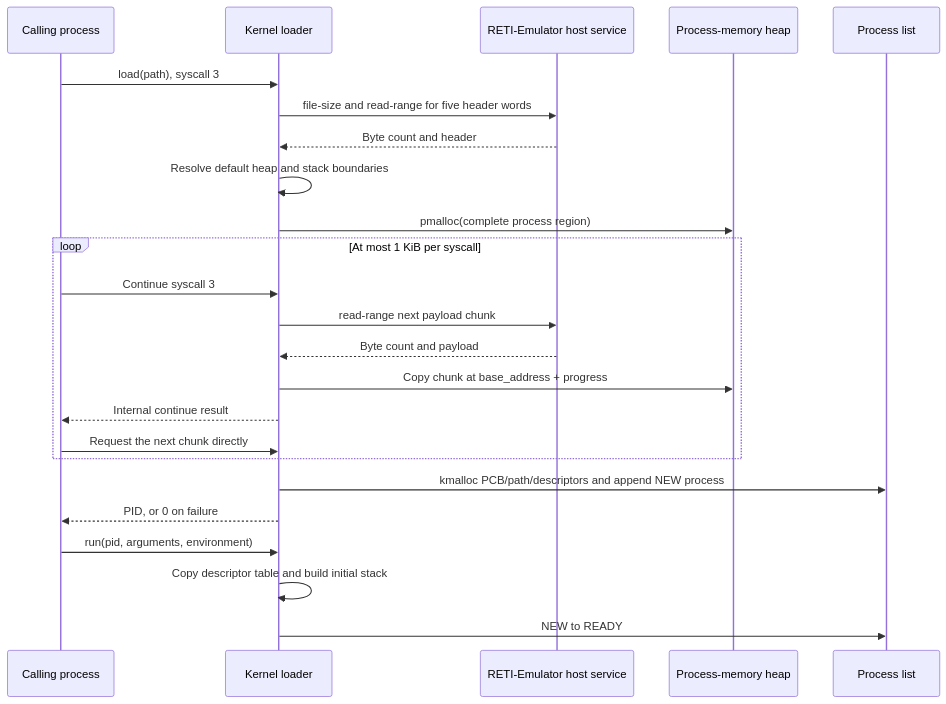
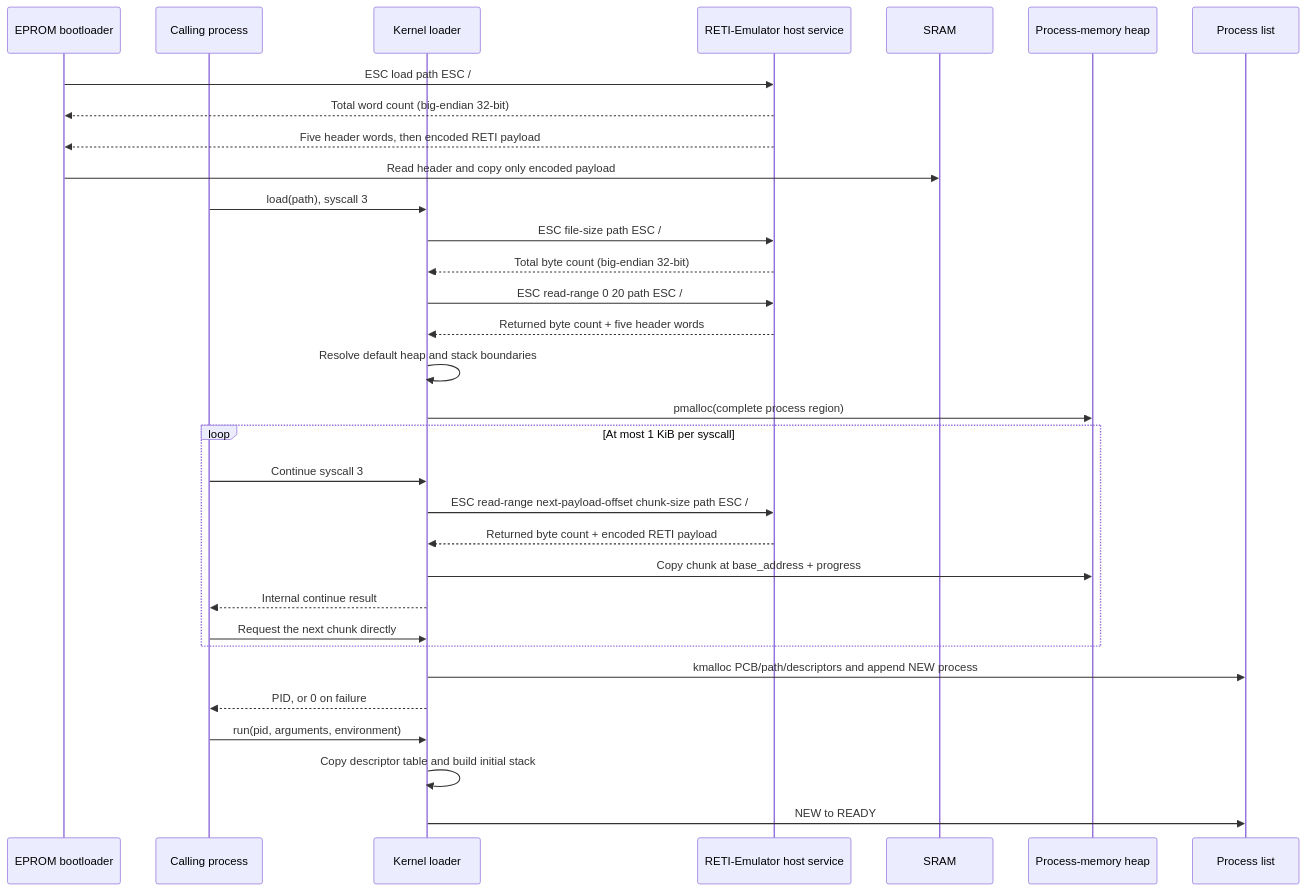
The ninth of 26 diagrams in README.md (matthejue/Pico-OS), drawn with Mermaid before and after one commit. The commit also changed other lines of this file, not shown here.

````diff
--- a/README.md
+++ b/README.md
@@ -1506,27 +1694,36 @@
 ```mermaid
 sequenceDiagram
+    participant B as EPROM bootloader
     participant C as Calling process
     participant K as Kernel loader
     participant H as RETI-Emulator host service
+    participant M as SRAM
     participant PM as Process-memory heap
     participant PT as Process list
 
+    B->>H: ESC load path ESC /
+    H-->>B: Total word count (big-endian 32-bit)
+    H-->>B: Five header words, then encoded RETI payload
+    B->>M: Read header and copy only encoded payload
+
     C->>K: load(path), syscall 3
-    K->>H: file-size and read-range for five header words
-    H-->>K: Byte count and header
+    K->>H: ESC file-size path ESC /
+    H-->>K: Total byte count (big-endian 32-bit)
+    K->>H: ESC read-range 0 20 path ESC /
+    H-->>K: Returned byte count + five header words
     K->>K: Resolve default heap and stack boundaries
     K->>PM: pmalloc(complete process region)
     loop At most 1 KiB per syscall
         C->>K: Continue syscall 3
-        K->>H: read-range next payload chunk
-        H-->>K: Byte count and payload
+        K->>H: ESC read-range next-payload-offset chunk-size path ESC /
+        H-->>K: Returned byte count + encoded RETI payload
         K->>PM: Copy chunk at base_address + progress
         K-->>C: Internal continue result
         C->>K: Request the next chunk directly
     end
     K->>PT: kmalloc PCB/path/descriptors and append NEW process
     K-->>C: PID, or 0 on failure
     C->>K: run(pid, arguments, environment)
     K->>K: Copy descriptor table and build initial stack
     K->>PT: NEW to READY
 ```
````
